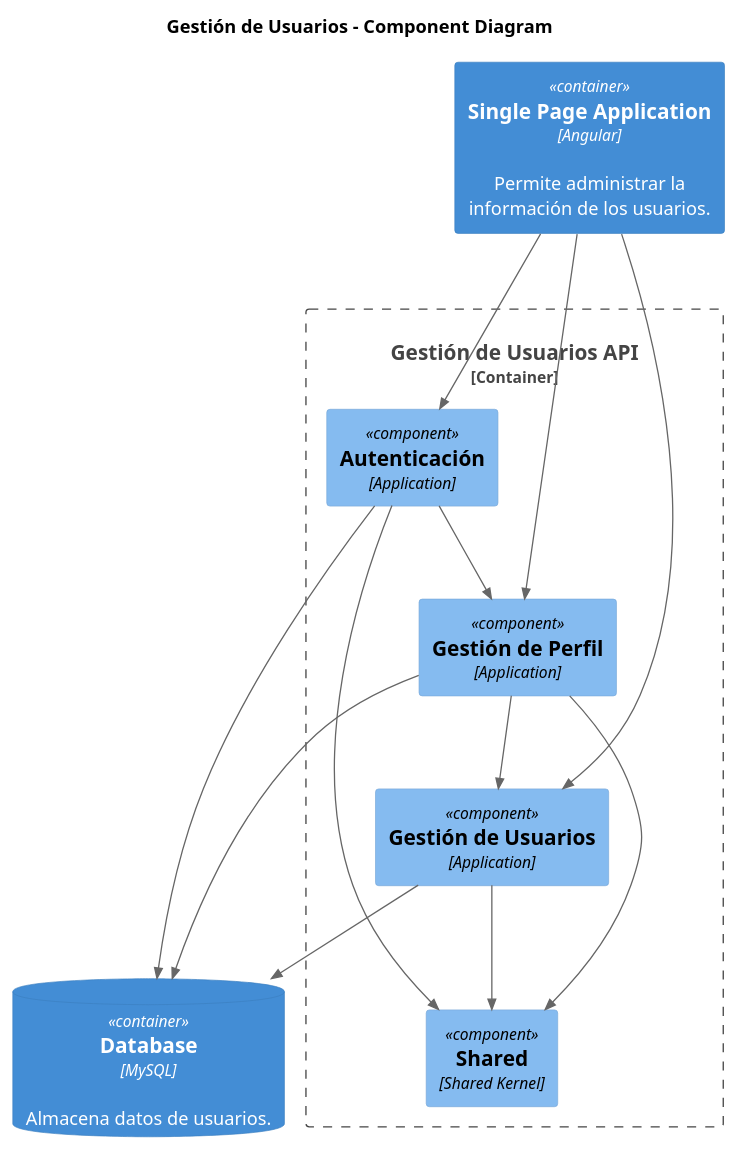
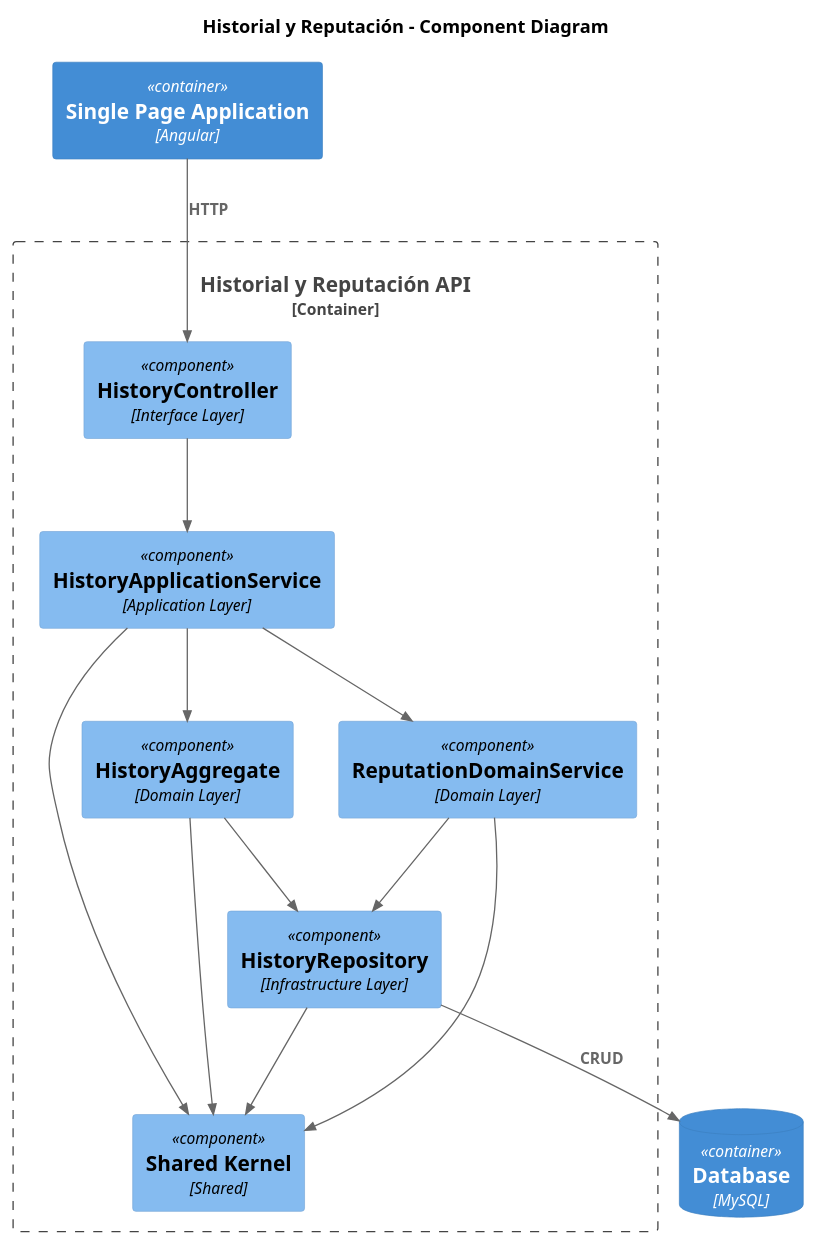
The diagram in C4/C4_Boundex_Nivel3/Historial_y_reputacion.puml (Angel-J11/UML-PROYECTO), drawn with PlantUML before and after one commit. The commit also changed 4 other files, not shown here.

```diff
--- a/C4/C4_Boundex_Nivel3/Historial_y_reputacion.puml
+++ b/C4/C4_Boundex_Nivel3/Historial_y_reputacion.puml
@@ -1,33 +1,37 @@
-@startuml "Gestión de Usuarios - Components"
+@startuml "Historial y Reputación - Components"
 !includeurl https://raw.githubusercontent.com/plantuml-stdlib/C4-PlantUML/master/C4_Component.puml
 
-title Gestión de Usuarios - Component Diagram
+title Historial y Reputación - Component Diagram
 
-Container(spa, "Single Page Application", "Angular", "Permite administrar la información de los usuarios.")
-ContainerDb(db, "Database", "MySQL", "Almacena datos de usuarios.")
+Container(spa, "Single Page Application", "Angular")
+ContainerDb(db, "Database", "MySQL")
 
-Container_Boundary(api, "Gestión de Usuarios API") {
+Container_Boundary(api, "Historial y Reputación API") {
 
-    Component(authentication, "Autenticación", "Application")
-    Component(profile, "Gestión de Perfil", "Application")
-    Component(users, "Gestión de Usuarios", "Application")
-    Component(shared, "Shared", "Shared Kernel")
+    Component(historyController, "HistoryController", "Interface Layer")
+    Component(historyApplicationService, "HistoryApplicationService", "Application Layer")
+    Component(historyAggregate, "HistoryAggregate", "Domain Layer")
+    Component(reputationDomainService, "ReputationDomainService", "Domain Layer")
+    Component(historyRepository, "HistoryRepository", "Infrastructure Layer")
+    Component(sharedKernel, "Shared Kernel", "Shared")
 
 }
 
-Rel(spa, authentication, "")
-Rel(spa, profile, "")
-Rel(spa, users, "")
+Rel(spa, historyController, "HTTP")
 
-Rel(authentication, profile, "")
-Rel(profile, users, "")
+Rel(historyController, historyApplicationService, "")
 
-Rel(authentication, shared, "")
-Rel(profile, shared, "")
-Rel(users, shared, "")
+Rel(historyApplicationService, historyAggregate, "")
+Rel(historyApplicationService, reputationDomainService, "")
 
-Rel(authentication, db, "")
-Rel(profile, db, "")
-Rel(users, db, "")
+Rel(historyAggregate, historyRepository, "")
+Rel(reputationDomainService, historyRepository, "")
+
+Rel(historyRepository, db, "CRUD")
+
+Rel(historyApplicationService, sharedKernel, "")
+Rel(historyAggregate, sharedKernel, "")
+Rel(reputationDomainService, sharedKernel, "")
+Rel(historyRepository, sharedKernel, "")
 
 @enduml
```
